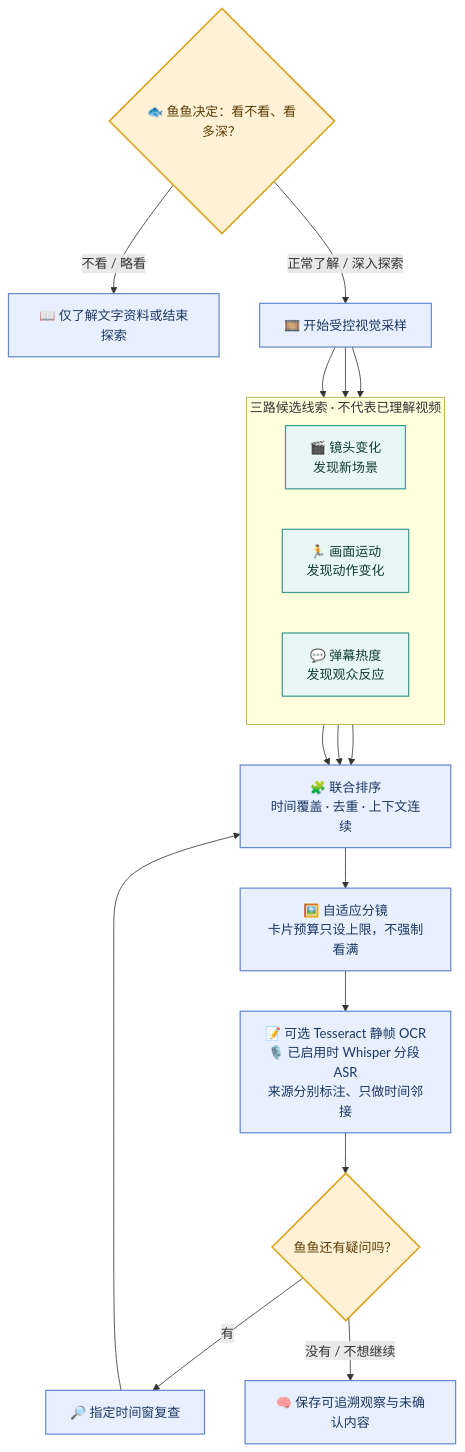
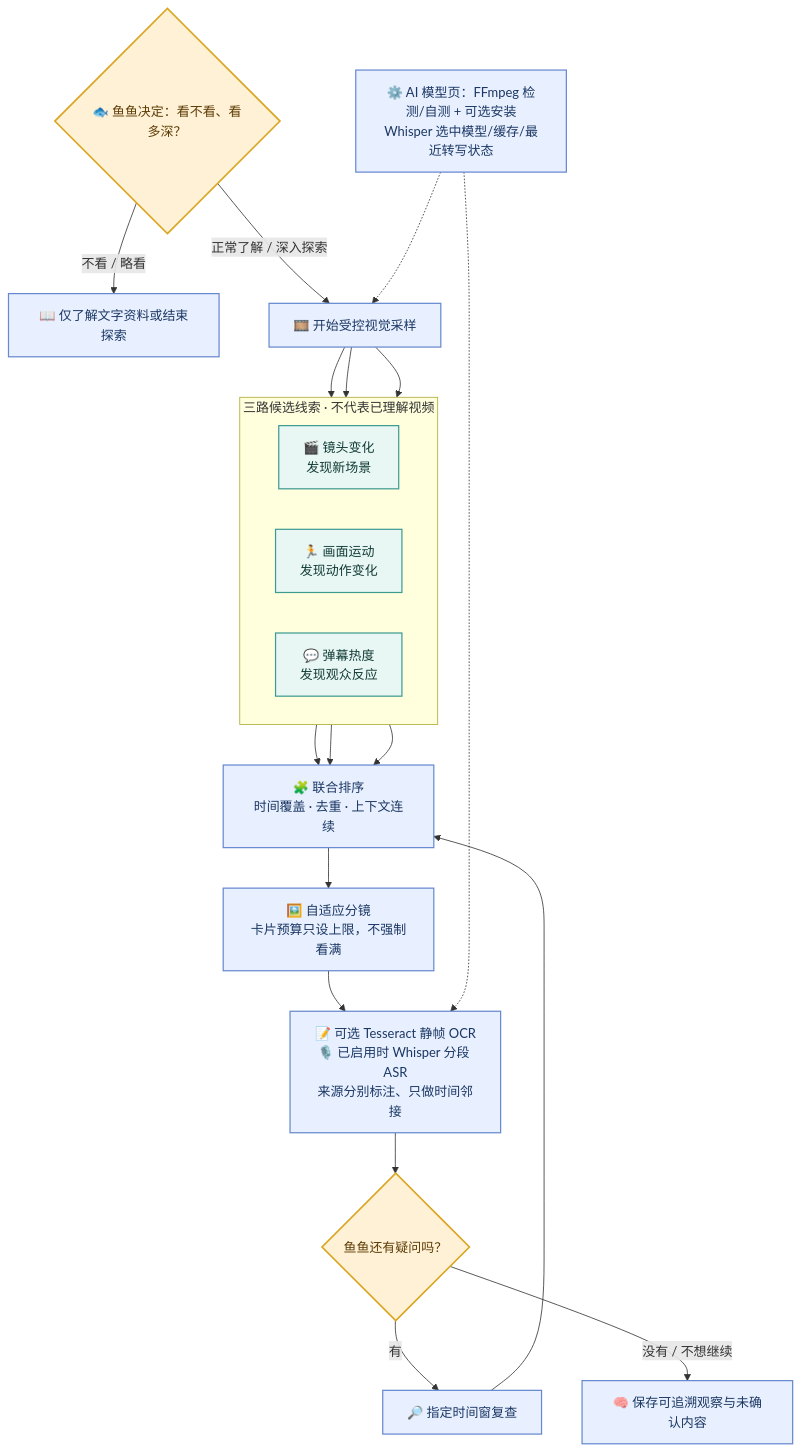
The diagram in docs/architecture/diagrams/video-perception-current.mmd (minedalang/dsh-dafeiyu-life), drawn with Mermaid before and after one commit. The commit also changed 19 other files, not shown here.

```diff
--- a/docs/architecture/diagrams/video-perception-current.mmd
+++ b/docs/architecture/diagrams/video-perception-current.mmd
@@ -1,24 +1,27 @@
 flowchart TB
     V{"🐟 鱼鱼决定：看不看、看多深？"}
     V -->|不看 / 略看| S["📖 仅了解文字资料或结束探索"]
     V -->|正常了解 / 深入探索| GO["🎞️ 开始受控视觉采样"]
     subgraph INPUT["三路候选线索 · 不代表已理解视频"]
       direction LR
       C["🎬 镜头变化<br/>发现新场景"]
       M["🏃 画面运动<br/>发现动作变化"]
       H["💬 弹幕热度<br/>发现观众反应"]
     end
     GO --> C & M & H
     C & M & H --> R["🧩 联合排序<br/>时间覆盖 · 去重 · 上下文连续"]
     R --> B["🖼️ 自适应分镜<br/>卡片预算只设上限，不强制看满"]
     B --> T["📝 可选 Tesseract 静帧 OCR<br/>🎙️ 已启用时 Whisper 分段 ASR<br/>来源分别标注、只做时间邻接"]
+    CFG["⚙️ AI 模型页：FFmpeg 检测/自测 + 可选安装<br/>Whisper 选中模型/缓存/最近转写状态"]
+    CFG -.-> GO
+    CFG -.-> T
     T --> Q{"鱼鱼还有疑问吗？"}
     Q -->|有| F["🔎 指定时间窗复查"]
     F --> R
     Q -->|没有 / 不想继续| E["🧠 保存可追溯观察与未确认内容"]
     classDef choice fill:#FFF1D6,stroke:#DAA520,color:#5D3C05,stroke-width:2px;
     classDef signal fill:#E8F7F3,stroke:#3D9A91,color:#123B36,stroke-width:1.5px;
     classDef action fill:#E8F0FF,stroke:#6588CF,color:#1B3763,stroke-width:1.5px;
     class V,Q choice;
     class C,M,H signal;
-    class GO,R,B,T,F,E,S action;
+    class GO,R,B,T,F,E,S,CFG action;
```
